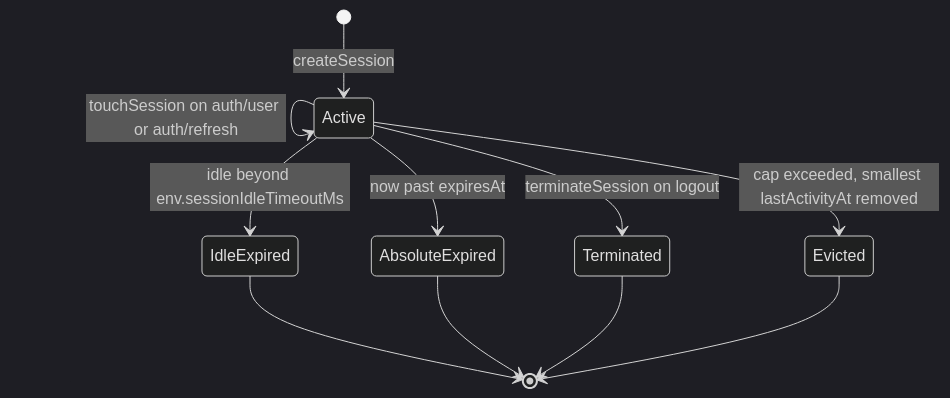
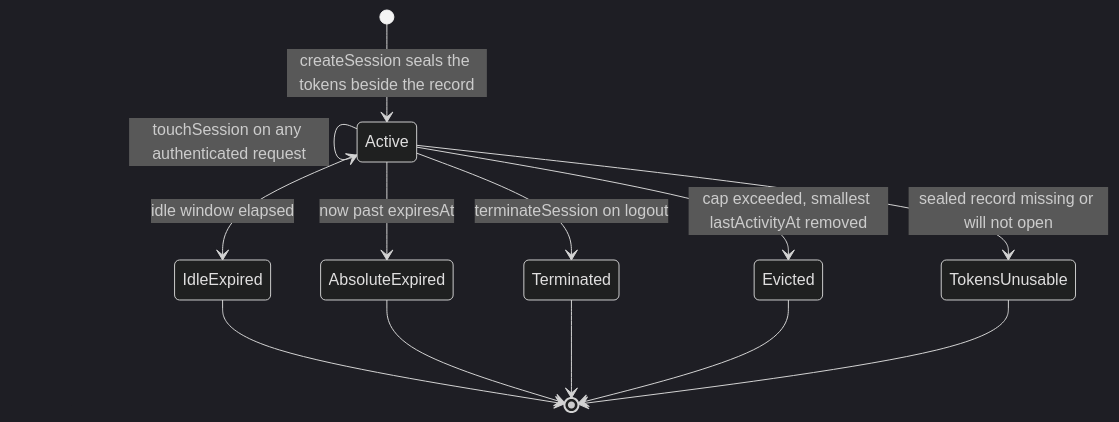
Before and after one commit to jumbleknot/MovieCollectionManager: the first of 2 diagrams in openwiki/gotchas/session-lifecycle-and-eviction.md, drawn with Mermaid (dark theme). The commit also changed other lines of this file and 15 other files, not shown here.

````diff
--- a/openwiki/gotchas/session-lifecycle-and-eviction.md
+++ b/openwiki/gotchas/session-lifecycle-and-eviction.md
@@ -108,13 +138,15 @@
 ```mermaid
 stateDiagram-v2
-  [*] --> Active: createSession
-  Active --> Active: touchSession on auth/user or auth/refresh
-  Active --> IdleExpired: idle beyond env.sessionIdleTimeoutMs
+  [*] --> Active: createSession seals the tokens beside the record
+  Active --> Active: touchSession on any authenticated request
+  Active --> IdleExpired: idle window elapsed
   Active --> AbsoluteExpired: now past expiresAt
   Active --> Terminated: terminateSession on logout
   Active --> Evicted: cap exceeded, smallest lastActivityAt removed
+  Active --> TokensUnusable: sealed record missing or will not open
   IdleExpired --> [*]
   AbsoluteExpired --> [*]
   Terminated --> [*]
   Evicted --> [*]
+  TokensUnusable --> [*]
 ```
````
